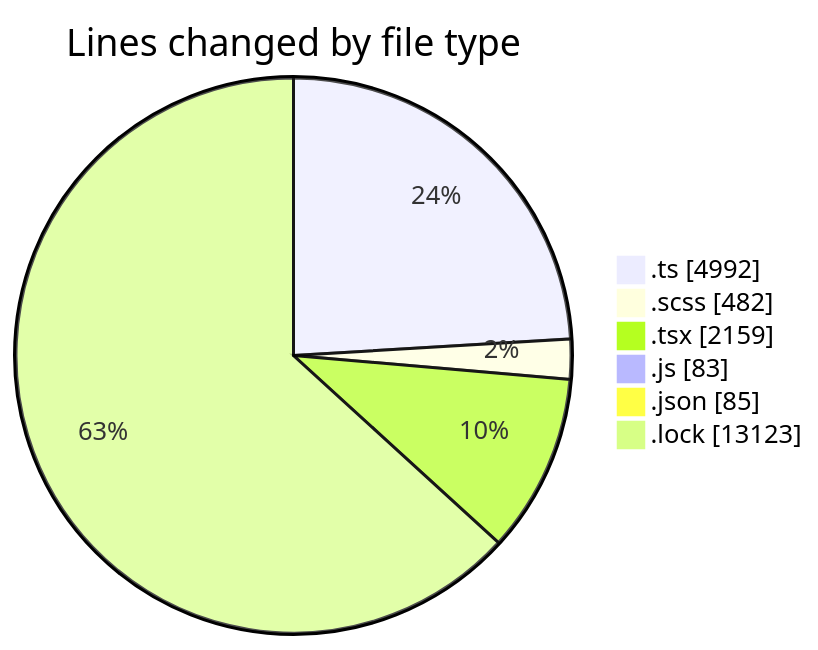
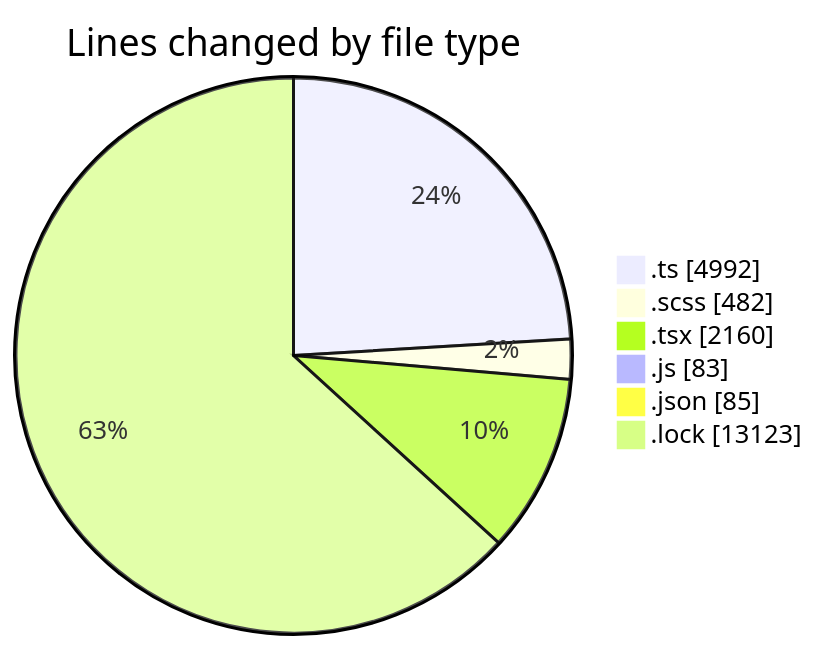
One commit to momahboobian/code-tracking changed the first of 2 diagrams in 2025-09-12/cda/README.md. Above: the diagram before and after it, drawn with Mermaid. The commit also changed other lines of this file and 1 other file, not shown here.

````diff
--- a/2025-09-12/cda/README.md
+++ b/2025-09-12/cda/README.md
@@ -34,10 +34,10 @@
 ```mermaid
 pie showData
 title Lines changed by file type
 ".ts" : 4992
 ".scss" : 482
-".tsx" : 2159
+".tsx" : 2160
 ".js" : 83
 ".json" : 85
 ".lock" : 13123
 ```
````
